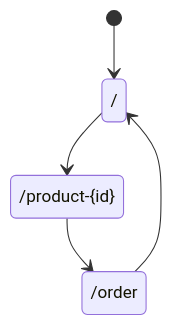
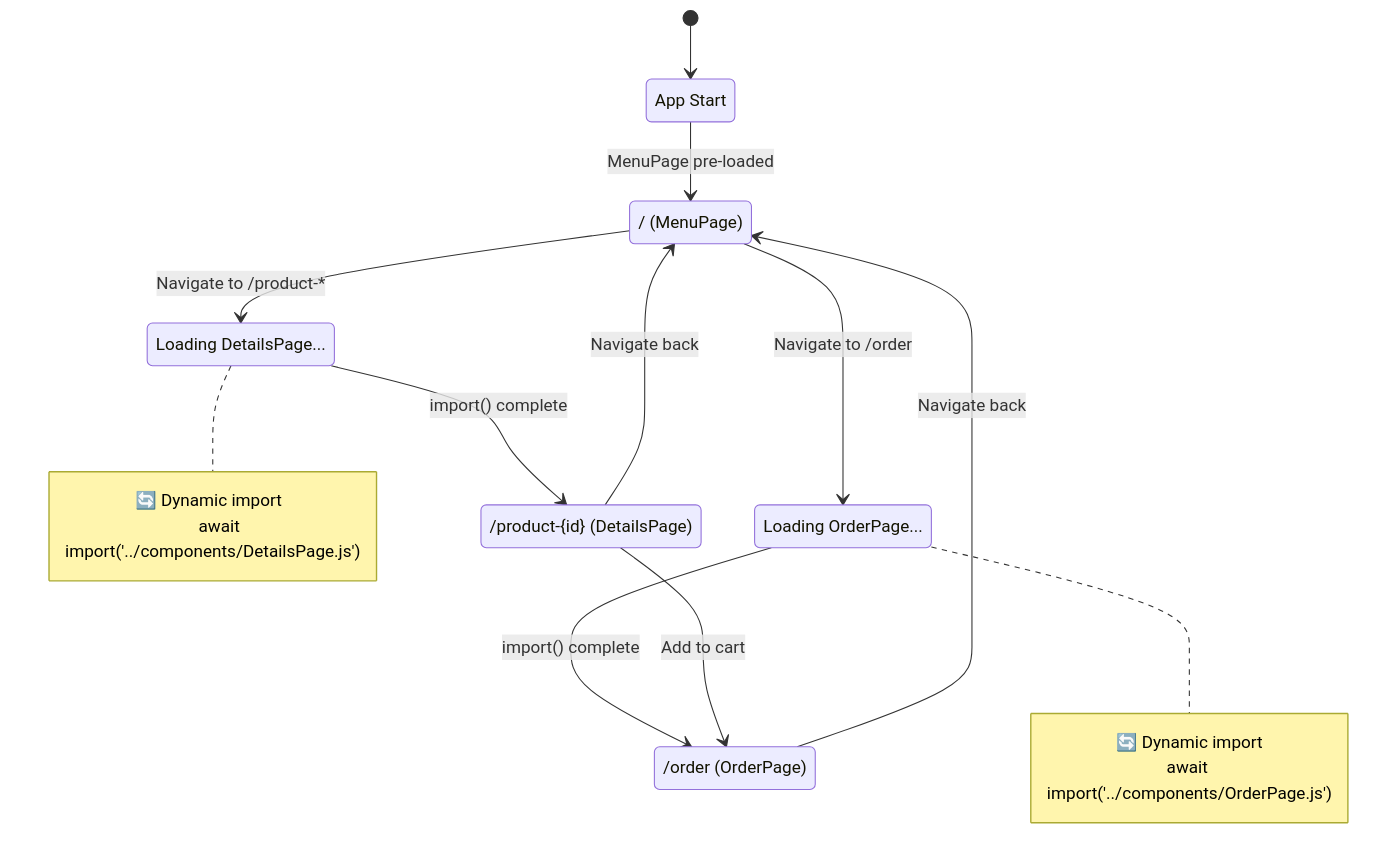
The third of 4 diagrams in README.md (Shinkei/spa-web-patterns), drawn with Mermaid before and after one commit. The commit also changed other lines of this file, not shown here.

Commit message:
diagram Lazy Loading pattern

````diff
--- a/README.md
+++ b/README.md
@@ -108,10 +142,32 @@
 ```mermaid
 stateDiagram-v2
-  state " / " as Home
-  state " /product-{id} " as Product
-  state " /order " as Order
-  [*] --> Home
-  Home --> Product
-  Product --> Order
-  Order --> Home
+  state "App Start" as Start
+  state "/ (MenuPage)" as Home
+  state "Loading OrderPage..." as LoadingOrder
+  state "/order (OrderPage)" as Order
+  state "Loading DetailsPage..." as LoadingDetails  
+  state "/product-{id} (DetailsPage)" as Product
+  
+  [*] --> Start
+  Start --> Home : MenuPage pre-loaded
+  
+  Home --> LoadingOrder : Navigate to /order
+  LoadingOrder --> Order : import() complete
+  
+  Home --> LoadingDetails : Navigate to /product-*
+  LoadingDetails --> Product : import() complete
+  
+  Order --> Home : Navigate back
+  Product --> Order : Add to cart
+  Product --> Home : Navigate back
+  
+  note right of LoadingOrder
+    🔄 Dynamic import
+    await import('../components/OrderPage.js')
+  end note
+  
+  note right of LoadingDetails
+    🔄 Dynamic import  
+    await import('../components/DetailsPage.js')
+  end note
 ```
````
